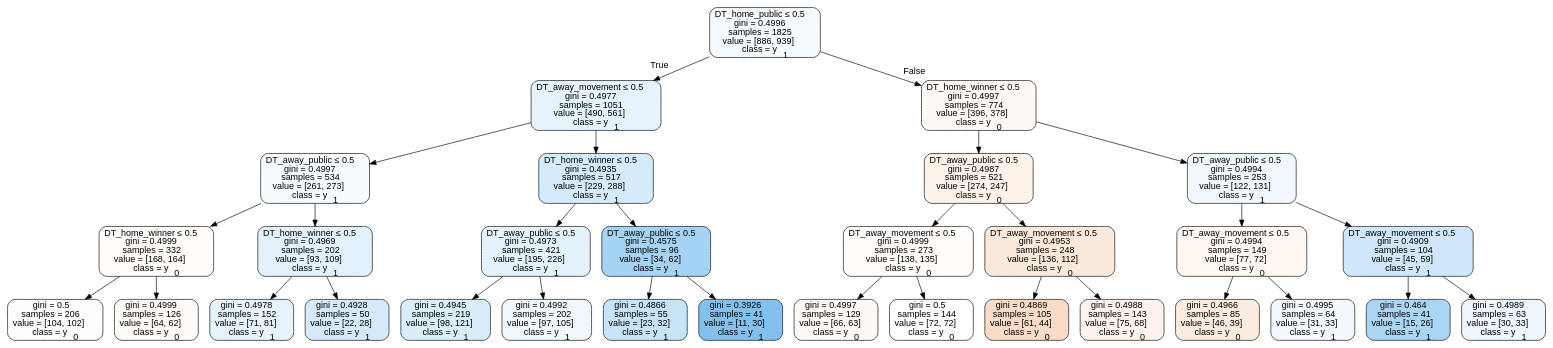
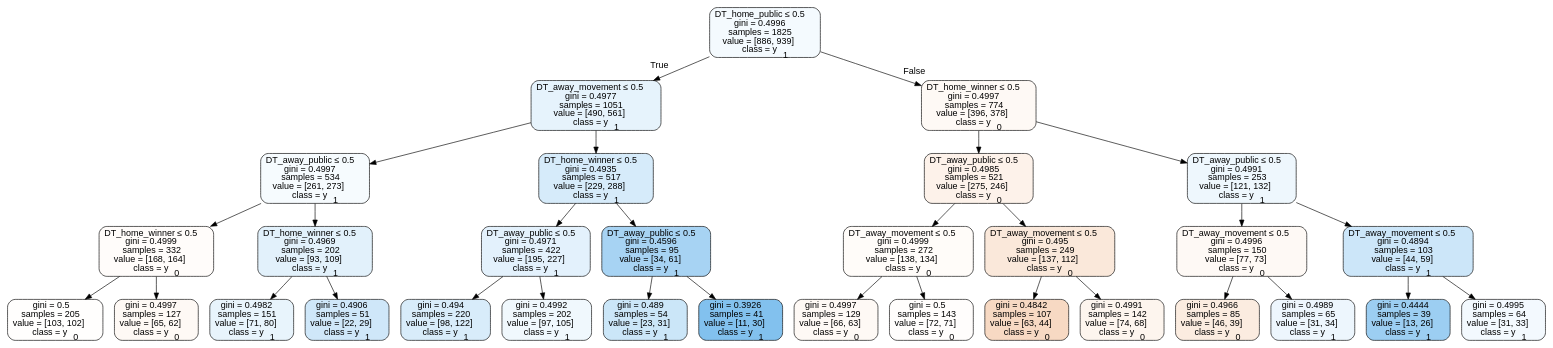
Before and after one commit to usbogie/ncaa-bets: the diagram in tree_data/tree2015neutral.dot, drawn with Graphviz. The commit also changed 27 other files, not shown here.

```diff
--- a/tree_data/tree2015neutral.dot
+++ b/tree_data/tree2015neutral.dot
@@ -1,65 +1,65 @@
 digraph Tree {
 node [shape=box, style="filled, rounded", color="black", fontname=helvetica] ;
 edge [fontname=helvetica] ;
 0 [label=<DT_home_public &le; 0.5<br/>gini = 0.4996<br/>samples = 1825<br/>value = [886, 939]<br/>class = y<SUB>1</SUB>>, fillcolor="#399de50e"] ;
 1 [label=<DT_away_movement &le; 0.5<br/>gini = 0.4977<br/>samples = 1051<br/>value = [490, 561]<br/>class = y<SUB>1</SUB>>, fillcolor="#399de520"] ;
 0 -> 1 [labeldistance=2.5, labelangle=45, headlabel="True"] ;
 2 [label=<DT_away_public &le; 0.5<br/>gini = 0.4997<br/>samples = 534<br/>value = [261, 273]<br/>class = y<SUB>1</SUB>>, fillcolor="#399de50b"] ;
 1 -> 2 ;
 3 [label=<DT_home_winner &le; 0.5<br/>gini = 0.4999<br/>samples = 332<br/>value = [168, 164]<br/>class = y<SUB>0</SUB>>, fillcolor="#e5813906"] ;
 2 -> 3 ;
-4 [label=<gini = 0.5<br/>samples = 206<br/>value = [104, 102]<br/>class = y<SUB>0</SUB>>, fillcolor="#e5813905"] ;
+4 [label=<gini = 0.5<br/>samples = 205<br/>value = [103, 102]<br/>class = y<SUB>0</SUB>>, fillcolor="#e5813902"] ;
 3 -> 4 ;
-5 [label=<gini = 0.4999<br/>samples = 126<br/>value = [64, 62]<br/>class = y<SUB>0</SUB>>, fillcolor="#e5813908"] ;
+5 [label=<gini = 0.4997<br/>samples = 127<br/>value = [65, 62]<br/>class = y<SUB>0</SUB>>, fillcolor="#e581390c"] ;
 3 -> 5 ;
 6 [label=<DT_home_winner &le; 0.5<br/>gini = 0.4969<br/>samples = 202<br/>value = [93, 109]<br/>class = y<SUB>1</SUB>>, fillcolor="#399de525"] ;
 2 -> 6 ;
-7 [label=<gini = 0.4978<br/>samples = 152<br/>value = [71, 81]<br/>class = y<SUB>1</SUB>>, fillcolor="#399de51f"] ;
+7 [label=<gini = 0.4982<br/>samples = 151<br/>value = [71, 80]<br/>class = y<SUB>1</SUB>>, fillcolor="#399de51d"] ;
 6 -> 7 ;
-8 [label=<gini = 0.4928<br/>samples = 50<br/>value = [22, 28]<br/>class = y<SUB>1</SUB>>, fillcolor="#399de537"] ;
+8 [label=<gini = 0.4906<br/>samples = 51<br/>value = [22, 29]<br/>class = y<SUB>1</SUB>>, fillcolor="#399de53e"] ;
 6 -> 8 ;
 9 [label=<DT_home_winner &le; 0.5<br/>gini = 0.4935<br/>samples = 517<br/>value = [229, 288]<br/>class = y<SUB>1</SUB>>, fillcolor="#399de534"] ;
 1 -> 9 ;
-10 [label=<DT_away_public &le; 0.5<br/>gini = 0.4973<br/>samples = 421<br/>value = [195, 226]<br/>class = y<SUB>1</SUB>>, fillcolor="#399de523"] ;
+10 [label=<DT_away_public &le; 0.5<br/>gini = 0.4971<br/>samples = 422<br/>value = [195, 227]<br/>class = y<SUB>1</SUB>>, fillcolor="#399de524"] ;
 9 -> 10 ;
-11 [label=<gini = 0.4945<br/>samples = 219<br/>value = [98, 121]<br/>class = y<SUB>1</SUB>>, fillcolor="#399de530"] ;
+11 [label=<gini = 0.494<br/>samples = 220<br/>value = [98, 122]<br/>class = y<SUB>1</SUB>>, fillcolor="#399de532"] ;
 10 -> 11 ;
 12 [label=<gini = 0.4992<br/>samples = 202<br/>value = [97, 105]<br/>class = y<SUB>1</SUB>>, fillcolor="#399de513"] ;
 10 -> 12 ;
-13 [label=<DT_away_public &le; 0.5<br/>gini = 0.4575<br/>samples = 96<br/>value = [34, 62]<br/>class = y<SUB>1</SUB>>, fillcolor="#399de573"] ;
+13 [label=<DT_away_public &le; 0.5<br/>gini = 0.4596<br/>samples = 95<br/>value = [34, 61]<br/>class = y<SUB>1</SUB>>, fillcolor="#399de571"] ;
 9 -> 13 ;
-14 [label=<gini = 0.4866<br/>samples = 55<br/>value = [23, 32]<br/>class = y<SUB>1</SUB>>, fillcolor="#399de548"] ;
+14 [label=<gini = 0.489<br/>samples = 54<br/>value = [23, 31]<br/>class = y<SUB>1</SUB>>, fillcolor="#399de542"] ;
 13 -> 14 ;
 15 [label=<gini = 0.3926<br/>samples = 41<br/>value = [11, 30]<br/>class = y<SUB>1</SUB>>, fillcolor="#399de5a1"] ;
 13 -> 15 ;
 16 [label=<DT_home_winner &le; 0.5<br/>gini = 0.4997<br/>samples = 774<br/>value = [396, 378]<br/>class = y<SUB>0</SUB>>, fillcolor="#e581390c"] ;
 0 -> 16 [labeldistance=2.5, labelangle=-45, headlabel="False"] ;
-17 [label=<DT_away_public &le; 0.5<br/>gini = 0.4987<br/>samples = 521<br/>value = [274, 247]<br/>class = y<SUB>0</SUB>>, fillcolor="#e5813919"] ;
+17 [label=<DT_away_public &le; 0.5<br/>gini = 0.4985<br/>samples = 521<br/>value = [275, 246]<br/>class = y<SUB>0</SUB>>, fillcolor="#e581391b"] ;
 16 -> 17 ;
-18 [label=<DT_away_movement &le; 0.5<br/>gini = 0.4999<br/>samples = 273<br/>value = [138, 135]<br/>class = y<SUB>0</SUB>>, fillcolor="#e5813906"] ;
+18 [label=<DT_away_movement &le; 0.5<br/>gini = 0.4999<br/>samples = 272<br/>value = [138, 134]<br/>class = y<SUB>0</SUB>>, fillcolor="#e5813907"] ;
 17 -> 18 ;
 19 [label=<gini = 0.4997<br/>samples = 129<br/>value = [66, 63]<br/>class = y<SUB>0</SUB>>, fillcolor="#e581390c"] ;
 18 -> 19 ;
-20 [label=<gini = 0.5<br/>samples = 144<br/>value = [72, 72]<br/>class = y<SUB>0</SUB>>, fillcolor="#e5813900"] ;
+20 [label=<gini = 0.5<br/>samples = 143<br/>value = [72, 71]<br/>class = y<SUB>0</SUB>>, fillcolor="#e5813904"] ;
 18 -> 20 ;
-21 [label=<DT_away_movement &le; 0.5<br/>gini = 0.4953<br/>samples = 248<br/>value = [136, 112]<br/>class = y<SUB>0</SUB>>, fillcolor="#e581392d"] ;
+21 [label=<DT_away_movement &le; 0.5<br/>gini = 0.495<br/>samples = 249<br/>value = [137, 112]<br/>class = y<SUB>0</SUB>>, fillcolor="#e581392f"] ;
 17 -> 21 ;
-22 [label=<gini = 0.4869<br/>samples = 105<br/>value = [61, 44]<br/>class = y<SUB>0</SUB>>, fillcolor="#e5813947"] ;
+22 [label=<gini = 0.4842<br/>samples = 107<br/>value = [63, 44]<br/>class = y<SUB>0</SUB>>, fillcolor="#e581394d"] ;
 21 -> 22 ;
-23 [label=<gini = 0.4988<br/>samples = 143<br/>value = [75, 68]<br/>class = y<SUB>0</SUB>>, fillcolor="#e5813918"] ;
+23 [label=<gini = 0.4991<br/>samples = 142<br/>value = [74, 68]<br/>class = y<SUB>0</SUB>>, fillcolor="#e5813915"] ;
 21 -> 23 ;
-24 [label=<DT_away_public &le; 0.5<br/>gini = 0.4994<br/>samples = 253<br/>value = [122, 131]<br/>class = y<SUB>1</SUB>>, fillcolor="#399de512"] ;
+24 [label=<DT_away_public &le; 0.5<br/>gini = 0.4991<br/>samples = 253<br/>value = [121, 132]<br/>class = y<SUB>1</SUB>>, fillcolor="#399de515"] ;
 16 -> 24 ;
-25 [label=<DT_away_movement &le; 0.5<br/>gini = 0.4994<br/>samples = 149<br/>value = [77, 72]<br/>class = y<SUB>0</SUB>>, fillcolor="#e5813911"] ;
+25 [label=<DT_away_movement &le; 0.5<br/>gini = 0.4996<br/>samples = 150<br/>value = [77, 73]<br/>class = y<SUB>0</SUB>>, fillcolor="#e581390d"] ;
 24 -> 25 ;
 26 [label=<gini = 0.4966<br/>samples = 85<br/>value = [46, 39]<br/>class = y<SUB>0</SUB>>, fillcolor="#e5813927"] ;
 25 -> 26 ;
-27 [label=<gini = 0.4995<br/>samples = 64<br/>value = [31, 33]<br/>class = y<SUB>1</SUB>>, fillcolor="#399de50f"] ;
+27 [label=<gini = 0.4989<br/>samples = 65<br/>value = [31, 34]<br/>class = y<SUB>1</SUB>>, fillcolor="#399de517"] ;
 25 -> 27 ;
-28 [label=<DT_away_movement &le; 0.5<br/>gini = 0.4909<br/>samples = 104<br/>value = [45, 59]<br/>class = y<SUB>1</SUB>>, fillcolor="#399de53d"] ;
+28 [label=<DT_away_movement &le; 0.5<br/>gini = 0.4894<br/>samples = 103<br/>value = [44, 59]<br/>class = y<SUB>1</SUB>>, fillcolor="#399de541"] ;
 24 -> 28 ;
-29 [label=<gini = 0.464<br/>samples = 41<br/>value = [15, 26]<br/>class = y<SUB>1</SUB>>, fillcolor="#399de56c"] ;
+29 [label=<gini = 0.4444<br/>samples = 39<br/>value = [13, 26]<br/>class = y<SUB>1</SUB>>, fillcolor="#399de57f"] ;
 28 -> 29 ;
-30 [label=<gini = 0.4989<br/>samples = 63<br/>value = [30, 33]<br/>class = y<SUB>1</SUB>>, fillcolor="#399de517"] ;
+30 [label=<gini = 0.4995<br/>samples = 64<br/>value = [31, 33]<br/>class = y<SUB>1</SUB>>, fillcolor="#399de50f"] ;
 28 -> 30 ;
 }
```
